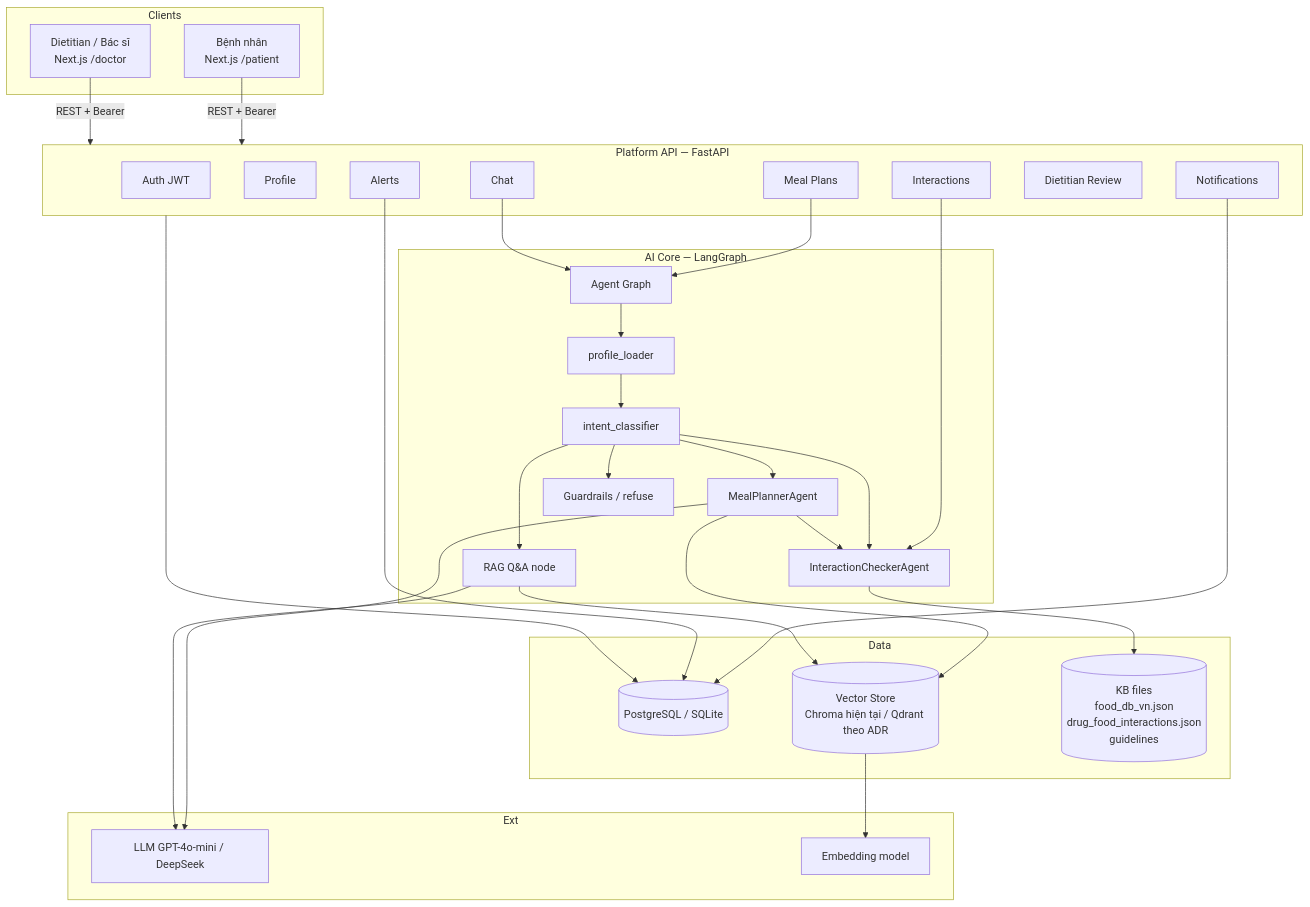
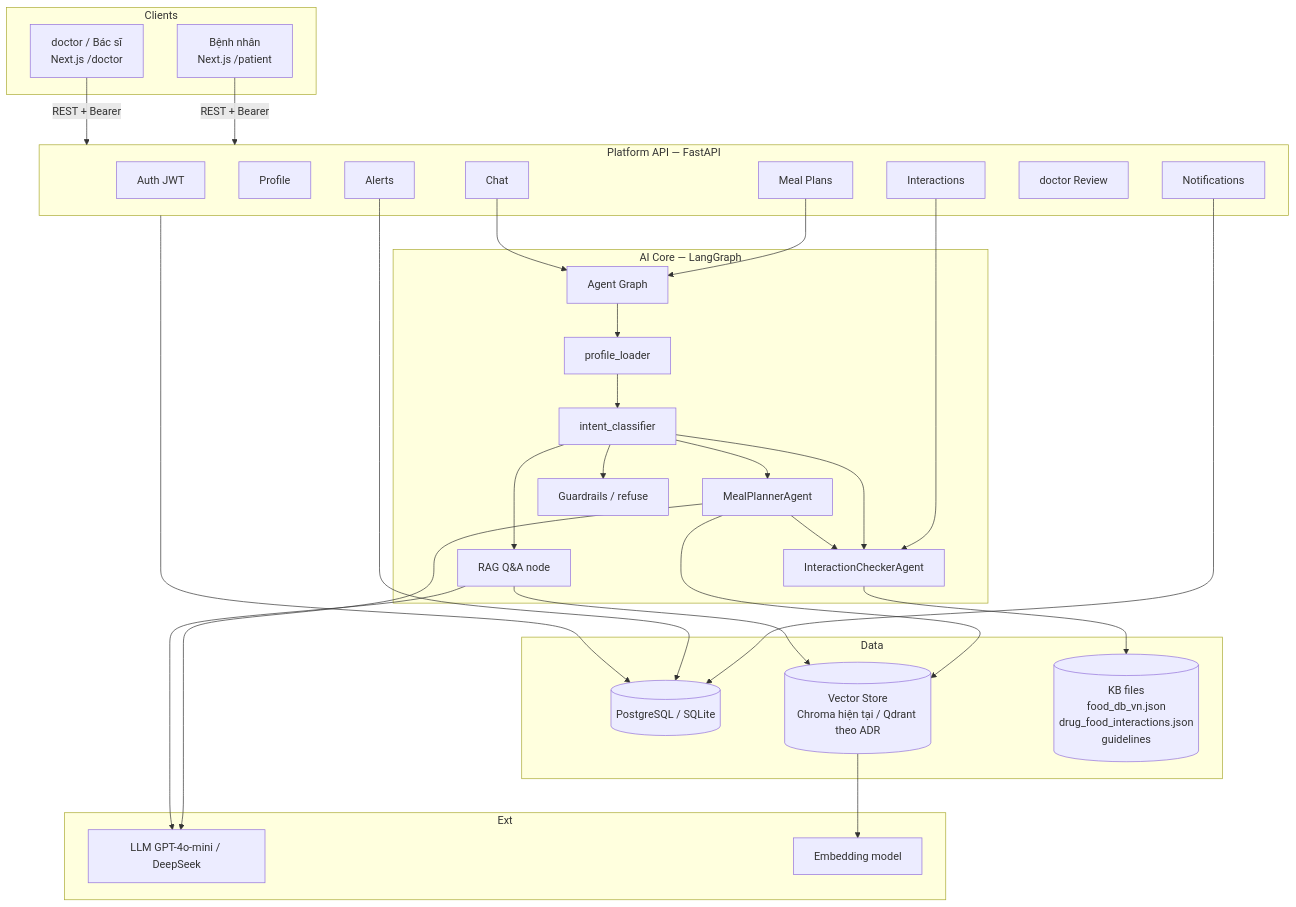
Before and after one commit to anhdotu0912/mohinhhoa: the first of 4 diagrams in docs/MO_TA_HE_THONG.md, drawn with Mermaid. The commit also changed other lines of this file and 55 other files, not shown here.

````diff
--- a/docs/MO_TA_HE_THONG.md
+++ b/docs/MO_TA_HE_THONG.md
@@ -112,56 +112,56 @@
 ```mermaid
 graph TB
     subgraph Clients
         P[Bệnh nhân<br/>Next.js /patient]
-        D[Dietitian / Bác sĩ<br/>Next.js /doctor]
+        D[doctor / Bác sĩ<br/>Next.js /doctor]
     end
 
     subgraph API["Platform API — FastAPI"]
         AUTH[Auth JWT]
         PROF[Profile]
         MP[Meal Plans]
         INT[Interactions]
         ALT[Alerts]
         NOTI[Notifications]
-        DIET[Dietitian Review]
+        DIET[doctor Review]
         CHAT[Chat]
     end
 
     subgraph AI["AI Core — LangGraph"]
         G[Agent Graph]
         PL[profile_loader]
         IC[intent_classifier]
         MP_A[MealPlannerAgent]
         IX_A[InteractionCheckerAgent]
         RAG_N[RAG Q&A node]
         GR[Guardrails / refuse]
     end
 
     subgraph Data
         RDB[(PostgreSQL / SQLite)]
         VS[(Vector Store<br/>Chroma hiện tại / Qdrant theo ADR)]
         KB[(KB files<br/>food_db_vn.json<br/>drug_food_interactions.json<br/>guidelines)]
     end
 
     subgraph Ext
         LLM[LLM GPT-4o-mini / DeepSeek]
         EMB[Embedding model]
     end
 
     P -->|REST + Bearer| API
     D -->|REST + Bearer| API
     API --> RDB
     MP --> G
     CHAT --> G
     INT --> IX_A
     G --> PL --> IC
     IC --> MP_A & IX_A & RAG_N & GR
     MP_A --> VS
     MP_A --> IX_A
     RAG_N --> VS
     VS --> EMB
     MP_A & RAG_N --> LLM
     IX_A --> KB
     NOTI --> RDB
     ALT --> RDB
 ```
````
